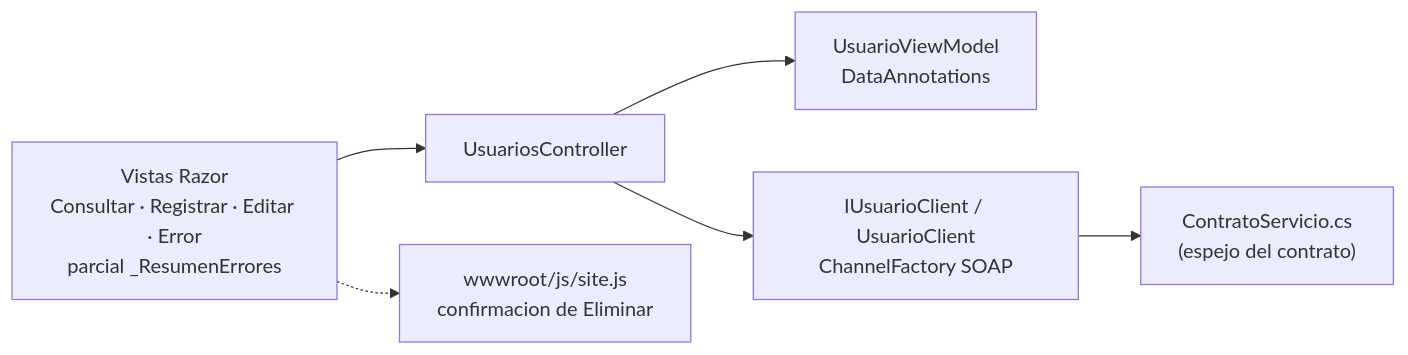
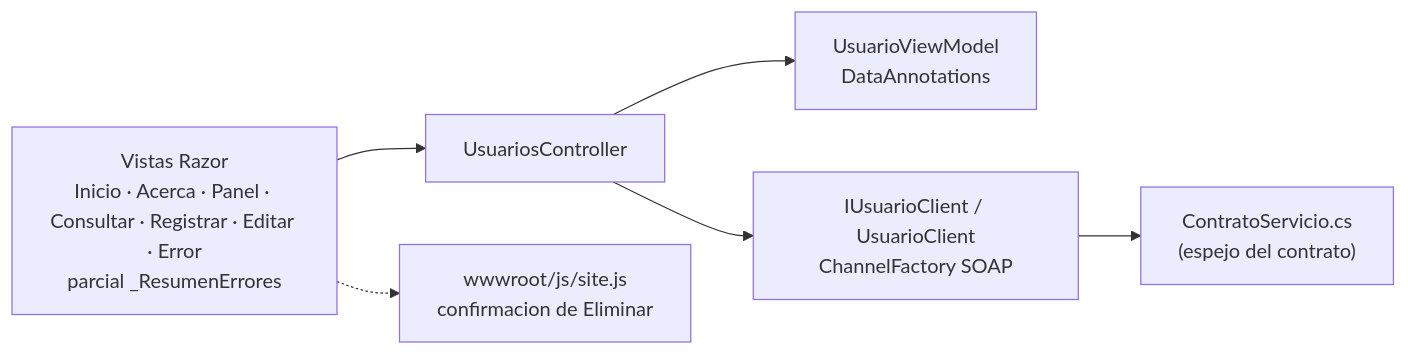
One commit to maomauro/GrupoDigitalBank-CRUD changed the third of 7 diagrams in docs/arquitectura.md. Above: the diagram before and after it, drawn with Mermaid. The commit also changed other lines of this file and 6 other files, not shown here.

````diff
--- a/docs/arquitectura.md
+++ b/docs/arquitectura.md
@@ -77,15 +77,15 @@
 ```mermaid
 flowchart LR
-    vistas["Vistas Razor<br/>Consultar · Registrar · Editar · Error<br/>parcial _ResumenErrores"]
+    vistas["Vistas Razor<br/>Inicio · Acerca · Panel · Consultar · Registrar · Editar · Error<br/>parcial _ResumenErrores"]
     ctrl["UsuariosController"]
     vm["UsuarioViewModel<br/>DataAnnotations"]
     cli["IUsuarioClient / UsuarioClient<br/>ChannelFactory SOAP"]
     contrato["ContratoServicio.cs<br/>(espejo del contrato)"]
     js["wwwroot/js/site.js<br/>confirmacion de Eliminar"]
 
     vistas --> ctrl
     ctrl --> vm
     ctrl --> cli
     cli --> contrato
     vistas -.-> js
 ```
````
